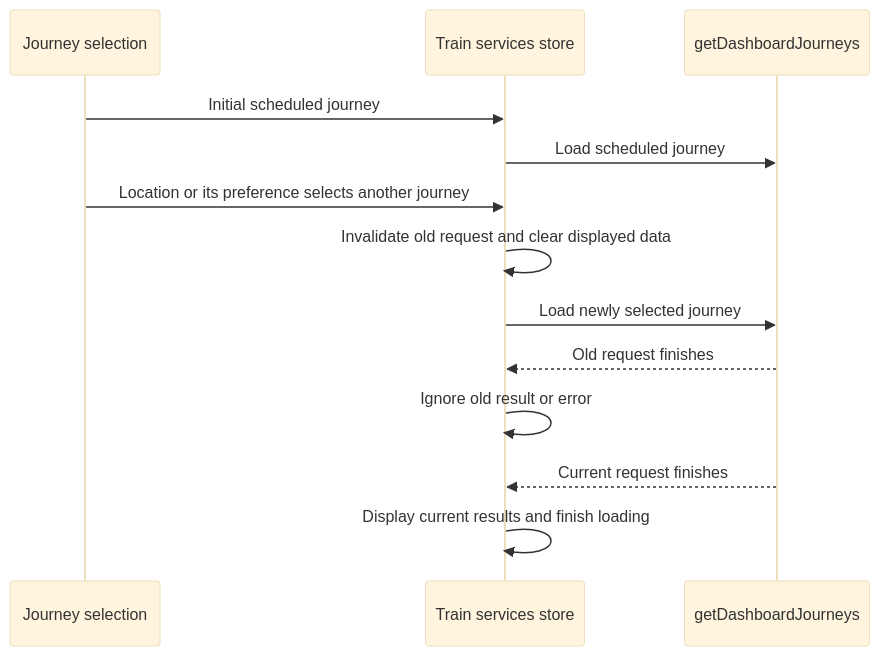
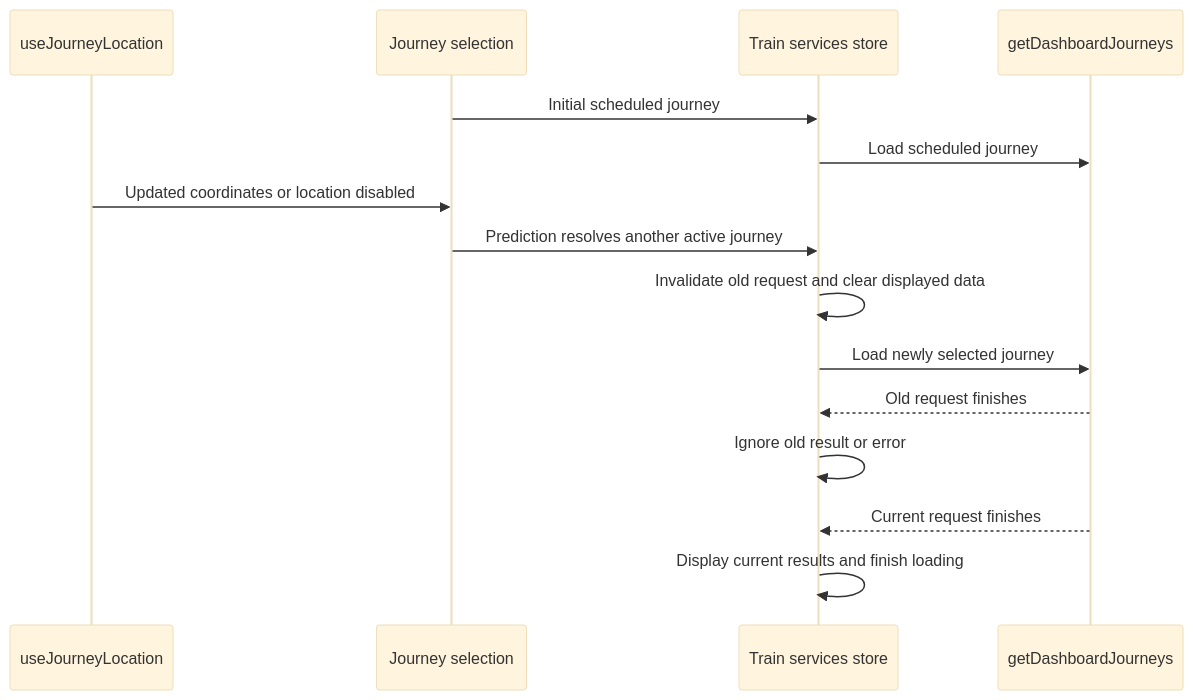
One commit to nd9600/trainDashboard changed the fifth of 5 diagrams in docs/journey-planning.md. Above: the diagram before and after it, drawn with Mermaid (base theme). The commit also changed other lines of this file and 109 other files, not shown here.

````diff
--- a/docs/journey-planning.md
+++ b/docs/journey-planning.md
@@ -156,15 +156,17 @@
 ```mermaid
 sequenceDiagram
+    participant Location as useJourneyLocation
     participant Selection as Journey selection
     participant Store as Train services store
     participant Planner as getDashboardJourneys
     Selection->>Store: Initial scheduled journey
     Store->>Planner: Load scheduled journey
-    Selection->>Store: Location or its preference selects another journey
+    Location->>Selection: Updated coordinates or location disabled
+    Selection->>Store: Prediction resolves another active journey
     Store->>Store: Invalidate old request and clear displayed data
     Store->>Planner: Load newly selected journey
     Planner-->>Store: Old request finishes
     Store->>Store: Ignore old result or error
     Planner-->>Store: Current request finishes
     Store->>Store: Display current results and finish loading
 ```
````
